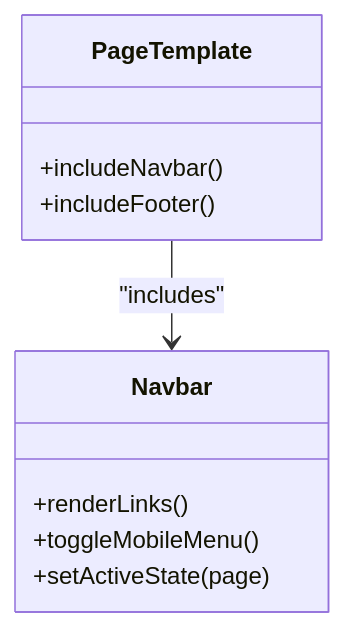
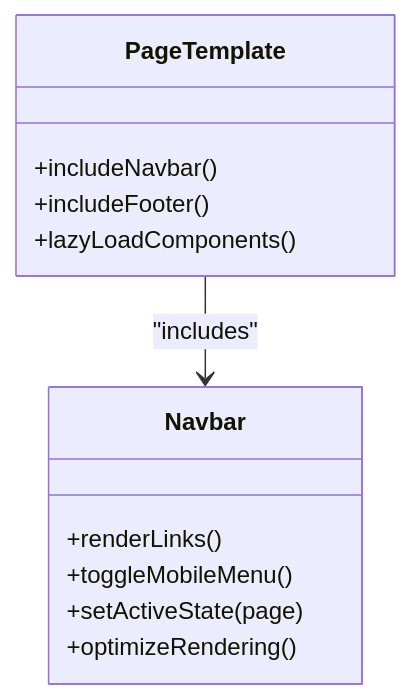
Before and after one commit to Dunstun2/GeniusMind-Home-Schooling: the third of 8 diagrams in .qoder/repowiki/en/content/Frontend Architecture/Frontend Architecture.md, drawn with Mermaid. The commit also changed other lines of this file and 42 other files, not shown here.

````diff
--- a/.qoder/repowiki/en/content/Frontend Architecture/Frontend Architecture.md
+++ b/.qoder/repowiki/en/content/Frontend Architecture/Frontend Architecture.md
@@ -213,13 +222,15 @@
 ```mermaid
 classDiagram
 class Navbar {
 +renderLinks()
 +toggleMobileMenu()
 +setActiveState(page)
++optimizeRendering()
 }
 class PageTemplate {
 +includeNavbar()
 +includeFooter()
++lazyLoadComponents()
 }
 PageTemplate --> Navbar : "includes"
 ```
````
